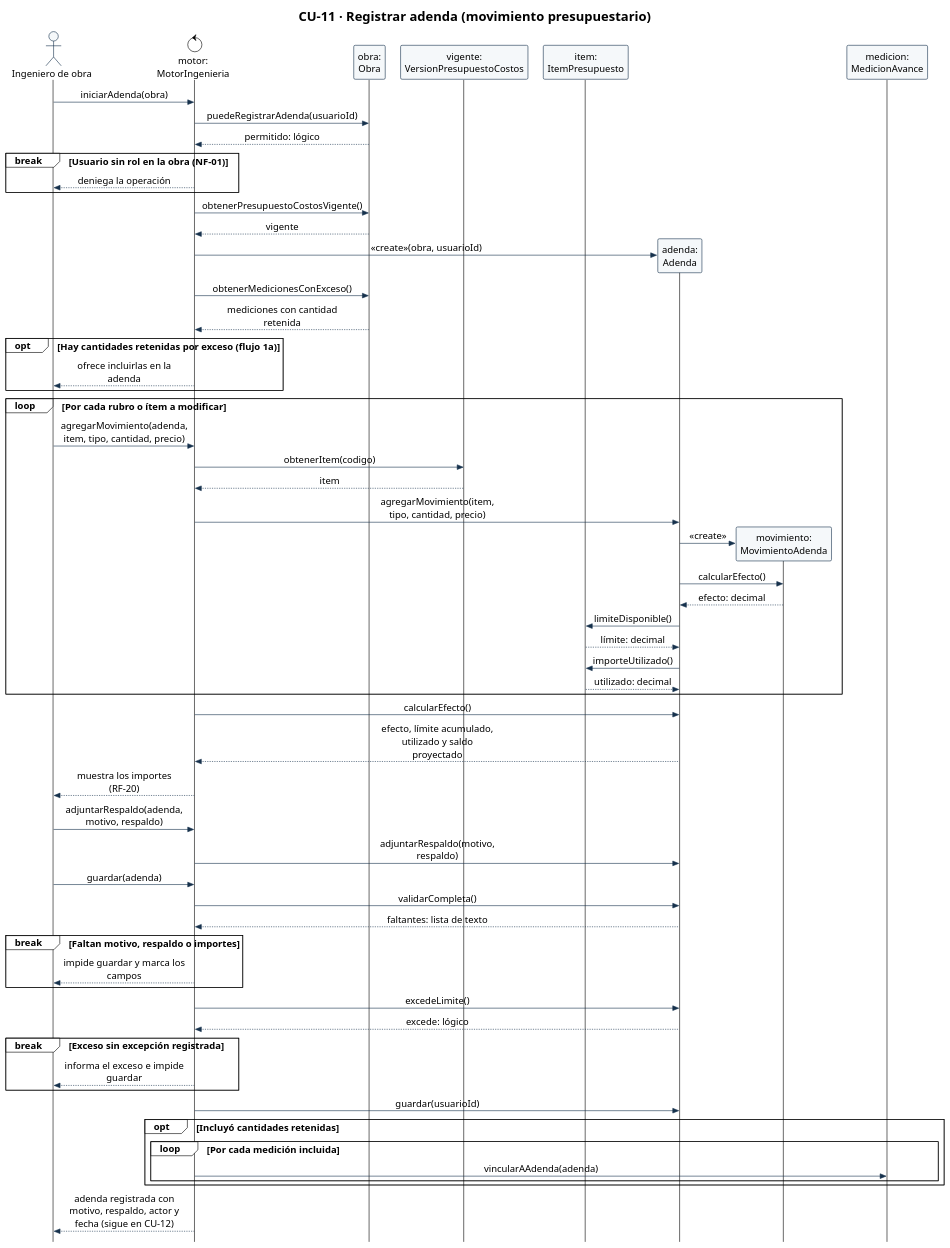
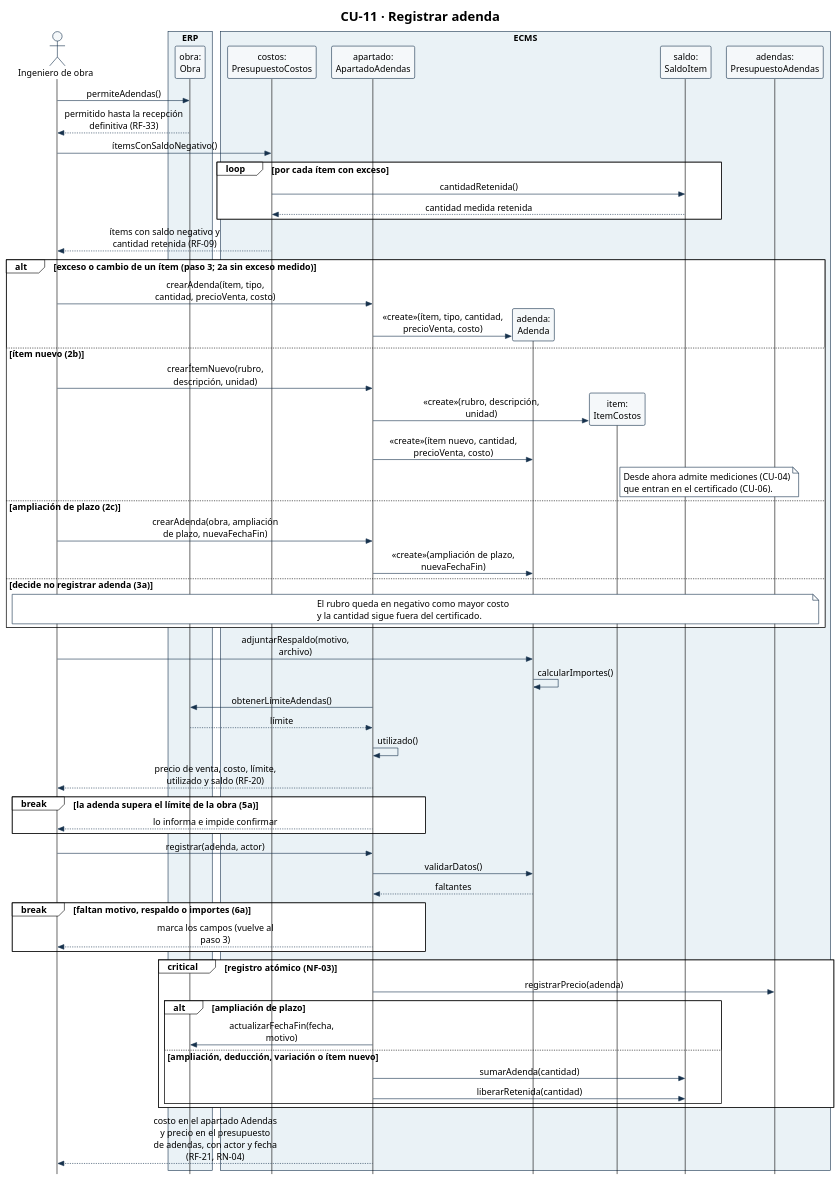
The diagram in diagramas/CU-11-secuencia.puml (Ssrrb/tpf-uca), drawn with PlantUML before and after one commit. The commit also changed 61 other files, not shown here.

First line of the commit message:
Regenera los diagramas para la v8 del Modelo de Análisis

```diff
--- a/diagramas/CU-11-secuencia.puml
+++ b/diagramas/CU-11-secuencia.puml
@@ -1,84 +1,94 @@
 @startuml
 !theme plain
 skinparam style strictuml
 skinparam shadowing false
 skinparam defaultFontName Arial
-skinparam defaultFontSize 16
+skinparam defaultFontSize 15
 skinparam sequenceMessageAlign center
-skinparam maxMessageSize 210
+skinparam maxMessageSize 220
 skinparam ParticipantPadding 8
+skinparam BoxPadding 6
 skinparam ParticipantBackgroundColor #F5F8FA
 skinparam ParticipantBorderColor #17324D
 skinparam ActorBorderColor #17324D
 skinparam ActorBackgroundColor #F5F8FA
 skinparam ArrowColor #17324D
+skinparam SequenceBoxBorderColor #17324D
 skinparam note {
   BackgroundColor #FFFFFF
   BorderColor #17324D
 }
 hide footbox
-title CU-11 · Registrar adenda (movimiento presupuestario)
+title CU-11 · Registrar adenda
 actor "Ingeniero de obra" as Ing
-control "motor:\nMotorIngenieria" as Motor
+box "ERP" #EAF2F6
 participant "obra:\nObra" as Obra
-participant "vigente:\nVersionPresupuestoCostos" as Version
-participant "item:\nItemPresupuesto" as Item
-participant "adenda:\nAdenda" as Adenda
-participant "movimiento:\nMovimientoAdenda" as Mov
-participant "medicion:\nMedicionAvance" as Med
+end box
+box "ECMS" #EAF2F6
+participant "costos:\nPresupuestoCostos" as PC
+participant "apartado:\nApartadoAdendas" as Apa
+participant "adenda:\nAdenda" as Ad
+participant "item:\nItemCostos" as Item
+participant "saldo:\nSaldoItem" as Saldo
+participant "adendas:\nPresupuestoAdendas" as PA
+end box
 
-Ing -> Motor: iniciarAdenda(obra)
-Motor -> Obra: puedeRegistrarAdenda(usuarioId)
-Obra --> Motor: permitido: lógico
-break Usuario sin rol en la obra (NF-01)
-  Motor --> Ing: deniega la operación
+Ing -> Obra: permiteAdendas()
+Obra --> Ing: permitido hasta la recepción definitiva (RF-33)
+Ing -> PC: ítemsConSaldoNegativo()
+loop por cada ítem con exceso
+  PC -> Saldo: cantidadRetenida()
+  Saldo --> PC: cantidad medida retenida
 end
-Motor -> Obra: obtenerPresupuestoCostosVigente()
-Obra --> Motor: vigente
-create Adenda
-Motor -> Adenda: «create»(obra, usuarioId)
-Motor -> Obra: obtenerMedicionesConExceso()
-Obra --> Motor: mediciones con cantidad retenida
-opt Hay cantidades retenidas por exceso (flujo 1a)
-  Motor --> Ing: ofrece incluirlas en la adenda
+PC --> Ing: ítems con saldo negativo y cantidad retenida (RF-09)
+
+alt exceso o cambio de un ítem (paso 3; 2a sin exceso medido)
+  Ing -> Apa: crearAdenda(ítem, tipo, cantidad, precioVenta, costo)
+  create Ad
+  Apa -> Ad: «create»(ítem, tipo, cantidad, precioVenta, costo)
+else ítem nuevo (2b)
+  Ing -> Apa: crearÍtemNuevo(rubro, descripción, unidad)
+  create Item
+  Apa -> Item: «create»(rubro, descripción, unidad)
+  Apa -> Ad: «create»(ítem nuevo, cantidad, precioVenta, costo)
+  note right of Item
+    Desde ahora admite mediciones (CU-04)
+    que entran en el certificado (CU-06).
+  end note
+else ampliación de plazo (2c)
+  Ing -> Apa: crearAdenda(obra, ampliación de plazo, nuevaFechaFin)
+  Apa -> Ad: «create»(ampliación de plazo, nuevaFechaFin)
+else decide no registrar adenda (3a)
+  note over Ing, PA
+    El rubro queda en negativo como mayor costo
+    y la cantidad sigue fuera del certificado.
+  end note
 end
 
-loop Por cada rubro o ítem a modificar
-  Ing -> Motor: agregarMovimiento(adenda, item, tipo, cantidad, precio)
-  Motor -> Version: obtenerItem(codigo)
-  Version --> Motor: item
-  Motor -> Adenda: agregarMovimiento(item, tipo, cantidad, precio)
-  create Mov
-  Adenda -> Mov: «create»
-  Adenda -> Mov: calcularEfecto()
-  Mov --> Adenda: efecto: decimal
-  Adenda -> Item: limiteDisponible()
-  Item --> Adenda: límite: decimal
-  Adenda -> Item: importeUtilizado()
-  Item --> Adenda: utilizado: decimal
+Ing -> Ad: adjuntarRespaldo(motivo, archivo)
+Ad -> Ad: calcularImportes()
+Apa -> Obra: obtenerLímiteAdendas()
+Obra --> Apa: límite
+Apa -> Apa: utilizado()
+Apa --> Ing: precio de venta, costo, límite, utilizado y saldo (RF-20)
+break la adenda supera el límite de la obra (5a)
+  Apa --> Ing: lo informa e impide confirmar
 end
-Motor -> Adenda: calcularEfecto()
-Adenda --> Motor: efecto, límite acumulado, utilizado y saldo proyectado
-Motor --> Ing: muestra los importes (RF-20)
 
-Ing -> Motor: adjuntarRespaldo(adenda, motivo, respaldo)
-Motor -> Adenda: adjuntarRespaldo(motivo, respaldo)
-Ing -> Motor: guardar(adenda)
-Motor -> Adenda: validarCompleta()
-Adenda --> Motor: faltantes: lista de texto
-break Faltan motivo, respaldo o importes
-  Motor --> Ing: impide guardar y marca los campos
+Ing -> Apa: registrar(adenda, actor)
+Apa -> Ad: validarDatos()
+Ad --> Apa: faltantes
+break faltan motivo, respaldo o importes (6a)
+  Apa --> Ing: marca los campos (vuelve al paso 3)
 end
-Motor -> Adenda: excedeLimite()
-Adenda --> Motor: excede: lógico
-break Exceso sin excepción registrada
-  Motor --> Ing: informa el exceso e impide guardar
-end
-Motor -> Adenda: guardar(usuarioId)
-opt Incluyó cantidades retenidas
-  loop Por cada medición incluida
-    Motor -> Med: vincularAAdenda(adenda)
+critical registro atómico (NF-03)
+  Apa -> PA: registrarPrecio(adenda)
+  alt ampliación de plazo
+    Apa -> Obra: actualizarFechaFin(fecha, motivo)
+  else ampliación, deducción, variación o ítem nuevo
+    Apa -> Saldo: sumarAdenda(cantidad)
+    Apa -> Saldo: liberarRetenida(cantidad)
   end
 end
-Motor --> Ing: adenda registrada con motivo, respaldo, actor y fecha (sigue en CU-12)
+Apa --> Ing: costo en el apartado Adendas y precio en el presupuesto\nde adendas, con actor y fecha (RF-21, RN-04)
 @enduml
```
